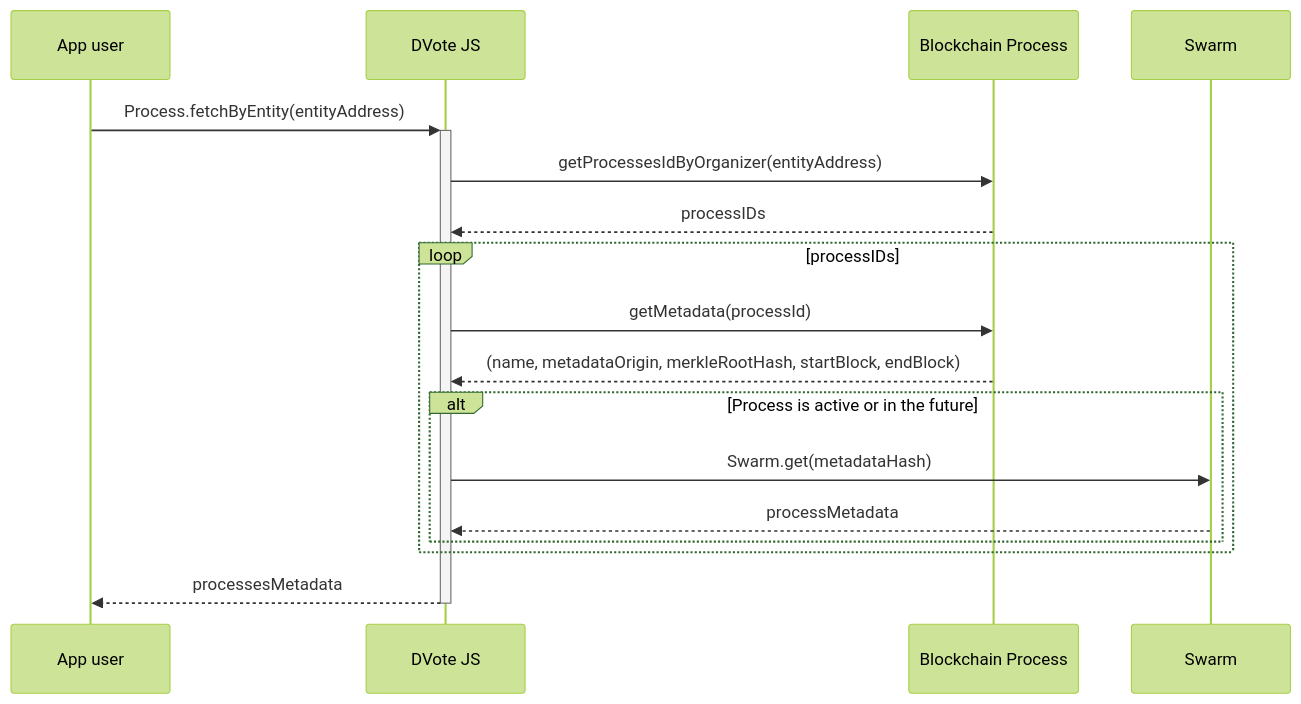
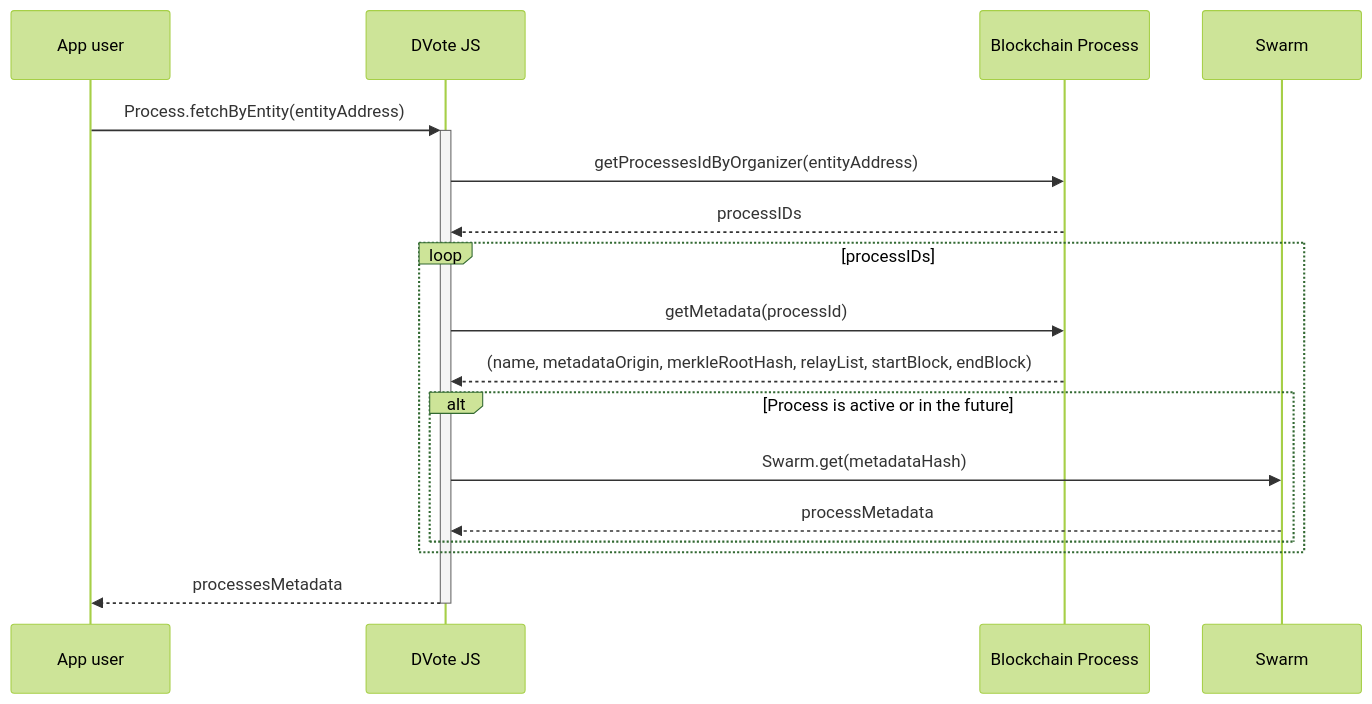
The eighth of 15 diagrams in docs/protocol/sequence-diagrams.md (vocdoni/docs), drawn with Mermaid (forest theme) before and after one commit. The commit also changed 6 other files, not shown here.

````diff
--- a/docs/protocol/sequence-diagrams.md
+++ b/docs/protocol/sequence-diagrams.md
@@ -214,26 +214,26 @@
 ```mermaid
 sequenceDiagram
     participant App as App user
     participant DV as DVote JS
     participant BC as Blockchain Process
     participant SW as Swarm
 
     App->>+DV: Process.fetchByEntity(entityAddress)
 
         DV->>BC: getProcessesIdByOrganizer(entityAddress)
         BC-->>DV: processIDs
 
         loop processIDs
 
             DV->>BC: getMetadata(processId)
-            BC-->>DV: (name, metadataOrigin, merkleRootHash, startBlock, endBlock)
+            BC-->>DV: (name, metadataOrigin, merkleRootHash, relayList, startBlock, endBlock)
 
             alt Process is active or in the future
                 DV->>SW: Swarm.get(metadataHash)
                 SW-->>DV: processMetadata
             end
 
         end
 
     DV-->>-App: processesMetadata
 ```
````
